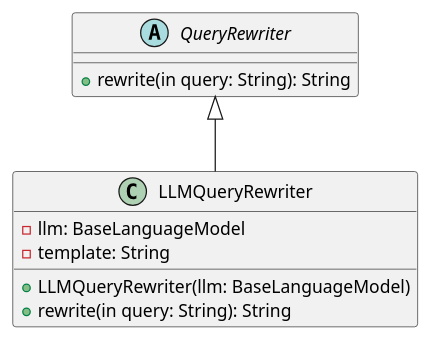
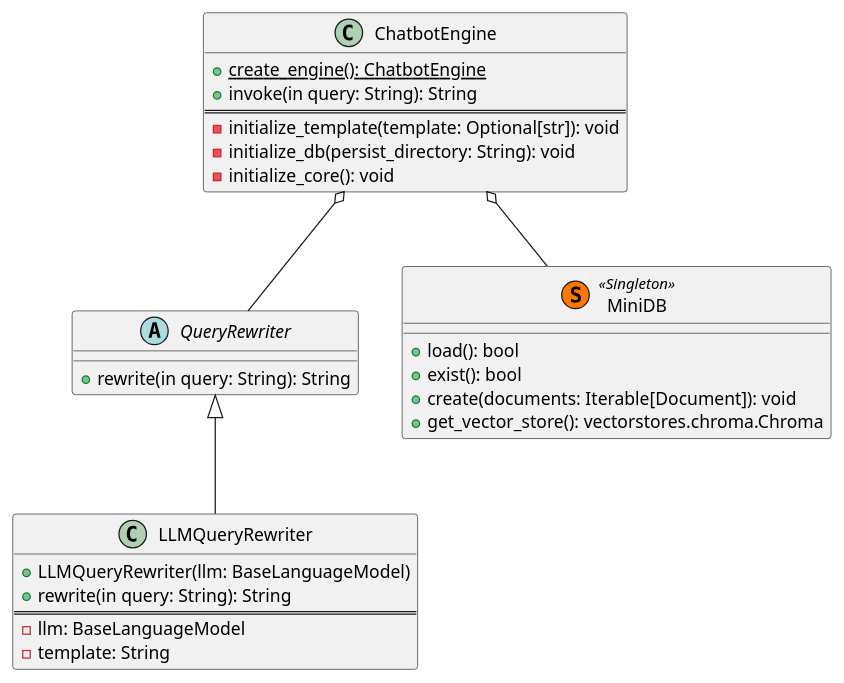
The diagram in uml_diagrams/project.puml (SirArt25/ChatMate), drawn with PlantUML before and after one commit. The commit also changed 3 other files, not shown here.

Commit message:
Update ChatbotEngine

```diff
--- a/uml_diagrams/project.puml
+++ b/uml_diagrams/project.puml
@@ -1,14 +1,38 @@
 @startuml
+
+
 abstract class QueryRewriter {
     + rewrite(in query: String): String
 }
 
 class LLMQueryRewriter {
+    + LLMQueryRewriter(llm: BaseLanguageModel)
+    + rewrite(in query: String): String
+    ===
     - llm: BaseLanguageModel
     - template: String
-    + LLMQueryRewriter(llm: BaseLanguageModel)
-    + rewrite(in query: String): String
 }
+
+
+class ChatbotEngine {
+    + {static} create_engine(): ChatbotEngine
+    + invoke(in query: String): String
+    ===
+    - initialize_template(template: Optional[str]): void
+    - initialize_db(persist_directory: String): void
+    - initialize_core(): void
+}
+
+
+class MiniDB  << (S,#FF7700) Singleton >> {
+
+    + load(): bool
+    + exist(): bool
+    + create(documents: Iterable[Document]): void
+    + get_vector_store(): vectorstores.chroma.Chroma
+}
+
 QueryRewriter <|-- LLMQueryRewriter
-
+ChatbotEngine o-- QueryRewriter
+ChatbotEngine o-- MiniDB
 @enduml
```
